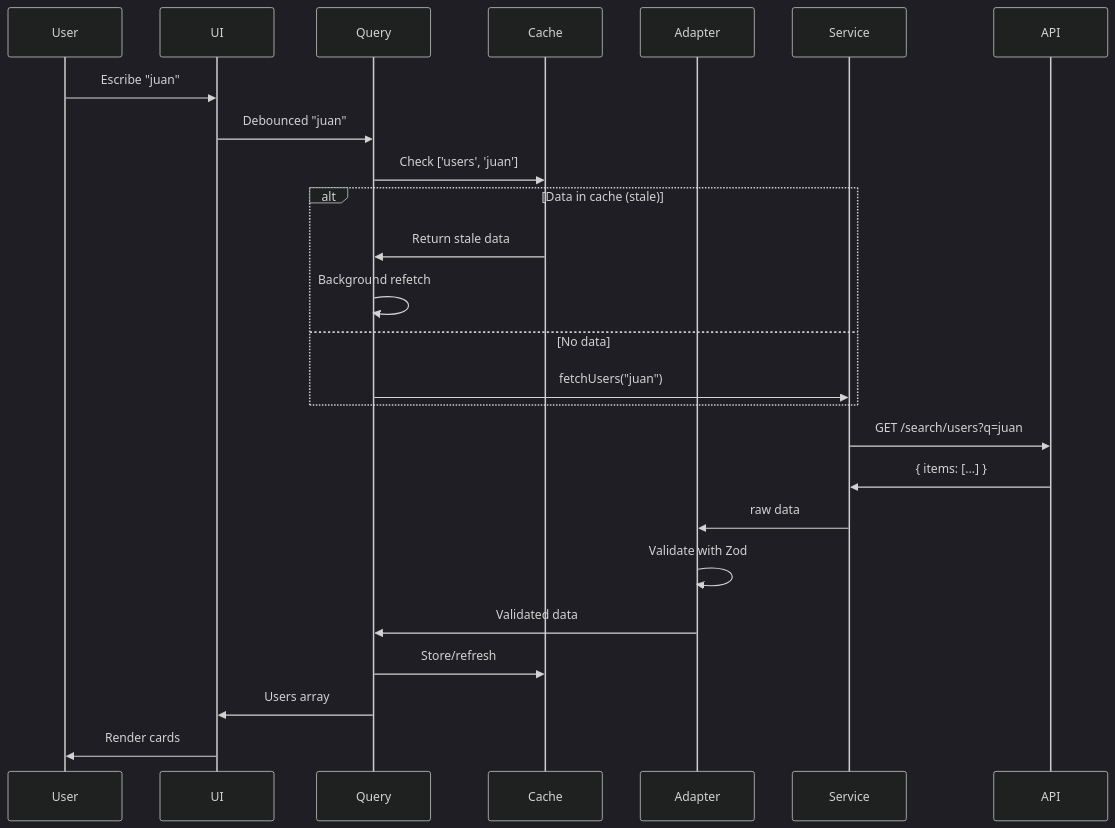
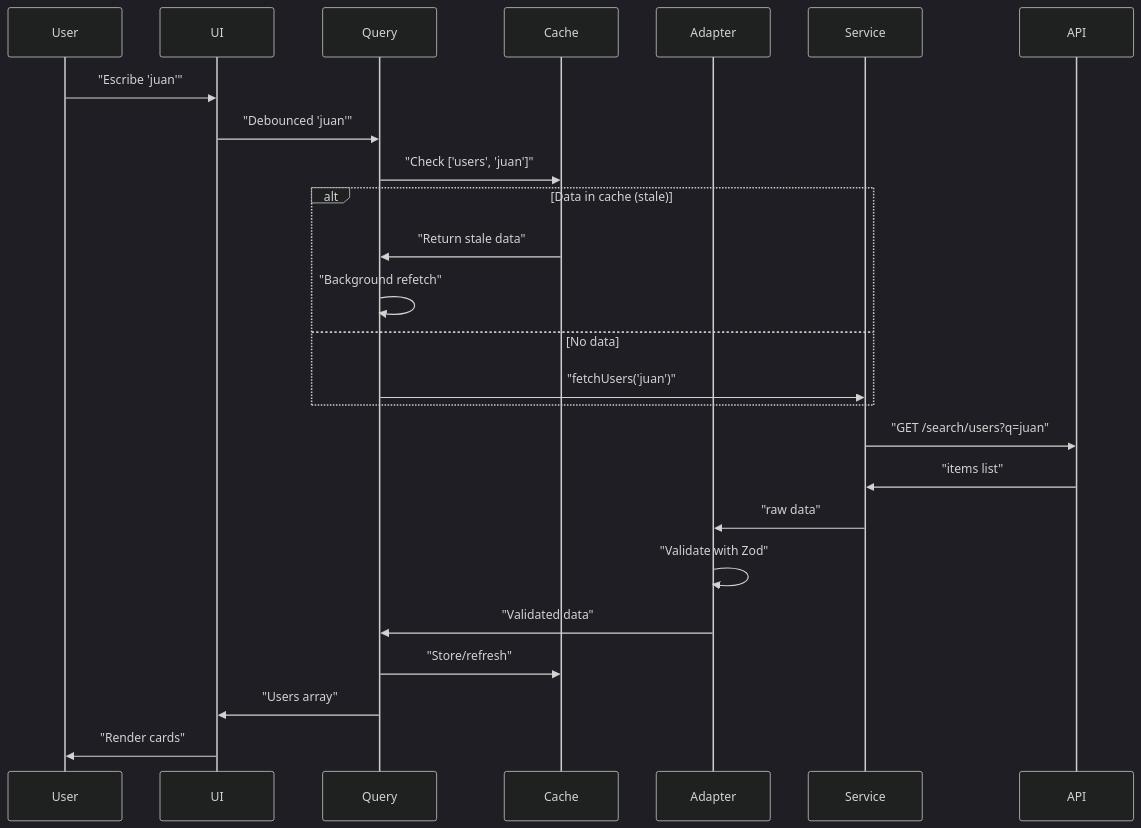
The second of 3 diagrams in src/docs/GUIA_ESTUDIO.md (Slinkter/myprojectapi01), drawn with Mermaid (dark theme) before and after one commit. The commit also changed other lines of this file and 8 other files, not shown here.

````diff
--- a/src/docs/GUIA_ESTUDIO.md
+++ b/src/docs/GUIA_ESTUDIO.md
@@ -1445,32 +1445,32 @@
 ```mermaid
 sequenceDiagram
     participant User
     participant UI
     participant Query
     participant Cache
     participant Adapter
     participant Service
     participant API
     
-    User->>UI: Escribe "juan"
-    UI->>Query: Debounced "juan"
-    Query->>Cache: Check ['users', 'juan']
+    User->>UI: "Escribe 'juan'"
+    UI->>Query: "Debounced 'juan'"
+    Query->>Cache: "Check ['users', 'juan']"
     
     alt Data in cache (stale)
-        Cache->>Query: Return stale data
-        Query->>Query: Background refetch
+        Cache->>Query: "Return stale data"
+        Query->>Query: "Background refetch"
     else No data
-        Query->>Service: fetchUsers("juan")
+        Query->>Service: "fetchUsers('juan')"
     end
     
-    Service->>API: GET /search/users?q=juan
-    API->>Service: { items: [...] }
+    Service->>API: "GET /search/users?q=juan"
+    API->>Service: "items list"
     
-    Service->>Adapter: raw data
-    Adapter->>Adapter: Validate with Zod
-    Adapter->>Query: Validated data
+    Service->>Adapter: "raw data"
+    Adapter->>Adapter: "Validate with Zod"
+    Adapter->>Query: "Validated data"
     
-    Query->>Cache: Store/refresh
-    Query->>UI: Users array
-    UI->>User: Render cards
+    Query->>Cache: "Store/refresh"
+    Query->>UI: "Users array"
+    UI->>User: "Render cards"
 ```
````
